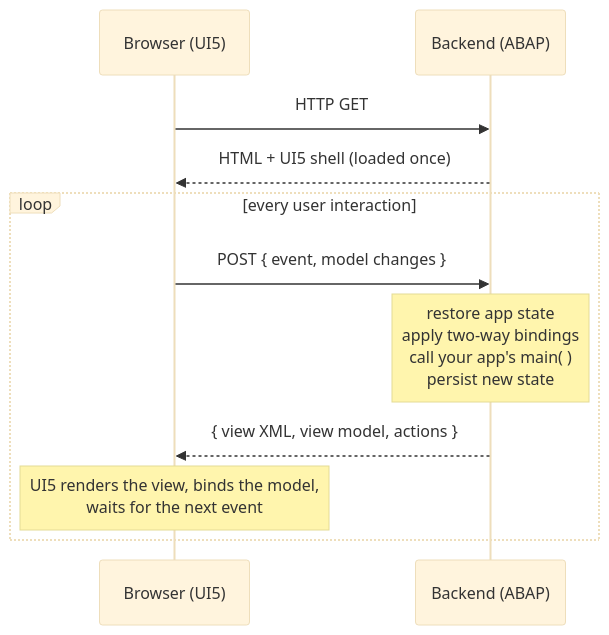
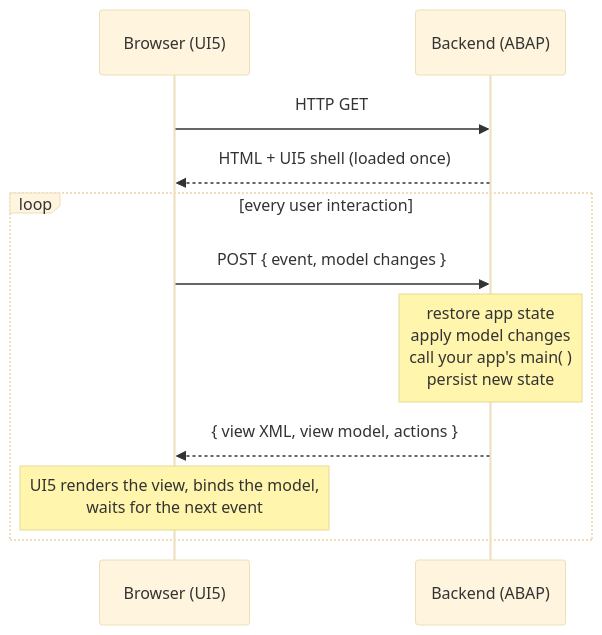
Before and after one commit to abap2UI5/abap2UI5: the diagram in README.md, drawn with Mermaid (base theme). The commit also changed 23 other files, not shown here.

First line of the commit message:
Drop the "two-way" qualifier from the binding wording (#2577)

````diff
--- a/README.md
+++ b/README.md
@@ -69,13 +69,13 @@
 ```mermaid
 sequenceDiagram
     participant Browser as Browser (UI5)
     participant ABAP as Backend (ABAP)
     Browser->>ABAP: HTTP GET
     ABAP-->>Browser: HTML + UI5 shell (loaded once)
     loop every user interaction
         Browser->>ABAP: POST { event, model changes }
-        Note over ABAP: restore app state<br/>apply two-way bindings<br/>call your app's main( )<br/>persist new state
+        Note over ABAP: restore app state<br/>apply model changes<br/>call your app's main( )<br/>persist new state
         ABAP-->>Browser: { view XML, view model, actions }
         Note over Browser: UI5 renders the view, binds the model,<br/>waits for the next event
     end
 ```
````
